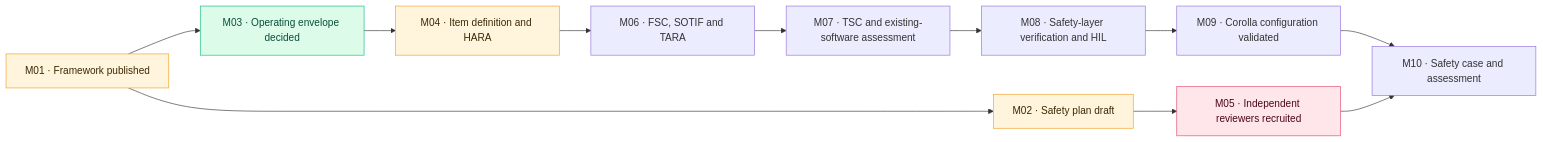
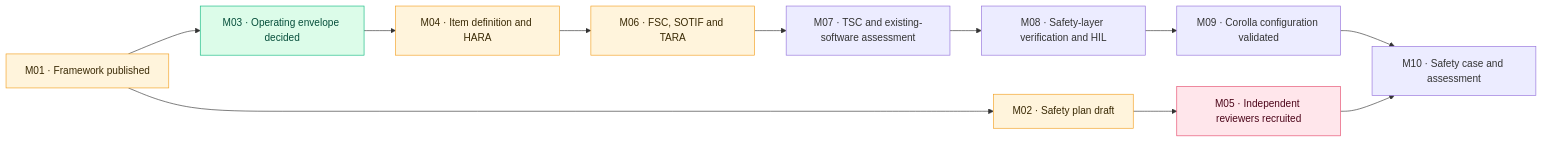
Before and after one commit to jherrodthomas/LionDriver: the diagram in docs/safety/platform/safety-plan/README.md, drawn with Mermaid. The commit also changed 1 other file, not shown here.

Commit message:
docs(safety): list F06 in the platform outline, mark M06 in progress
The platform hazard table linked H09 to F06, which the outline did not
list. The schedule diagram now matches the JSON (M06 in progress).

Claude-Session: https://claude.ai/code/session_013JRfVnos4fGqSFzbXVu5pG

````diff
--- a/docs/safety/platform/safety-plan/README.md
+++ b/docs/safety/platform/safety-plan/README.md
@@ -72,20 +72,20 @@
 ```mermaid
 flowchart LR
     M01["M01 · Framework published"] --> M02["M02 · Safety plan draft"]
     M01 --> M03["M03 · Operating envelope decided"]
     M03 --> M04["M04 · Item definition and HARA"]
     M02 --> M05["M05 · Independent reviewers recruited"]
     M04 --> M06["M06 · FSC, SOTIF and TARA"]
     M06 --> M07["M07 · TSC and existing-software assessment"]
     M07 --> M08["M08 · Safety-layer verification and HIL"]
     M08 --> M09["M09 · Corolla configuration validated"]
     M09 --> M10["M10 · Safety case and assessment"]
     M05 --> M10
 
     classDef wip fill:#FFF4DC,stroke:#F29F1F,color:#3A2A05
     classDef block fill:#FFE6EB,stroke:#E5486A,color:#4C0519
     classDef done fill:#DCFCE9,stroke:#10B981,color:#064E3B
-    class M01,M02,M04 wip
+    class M01,M02,M04,M06 wip
     class M03 done
     class M05 block
 ```
````
